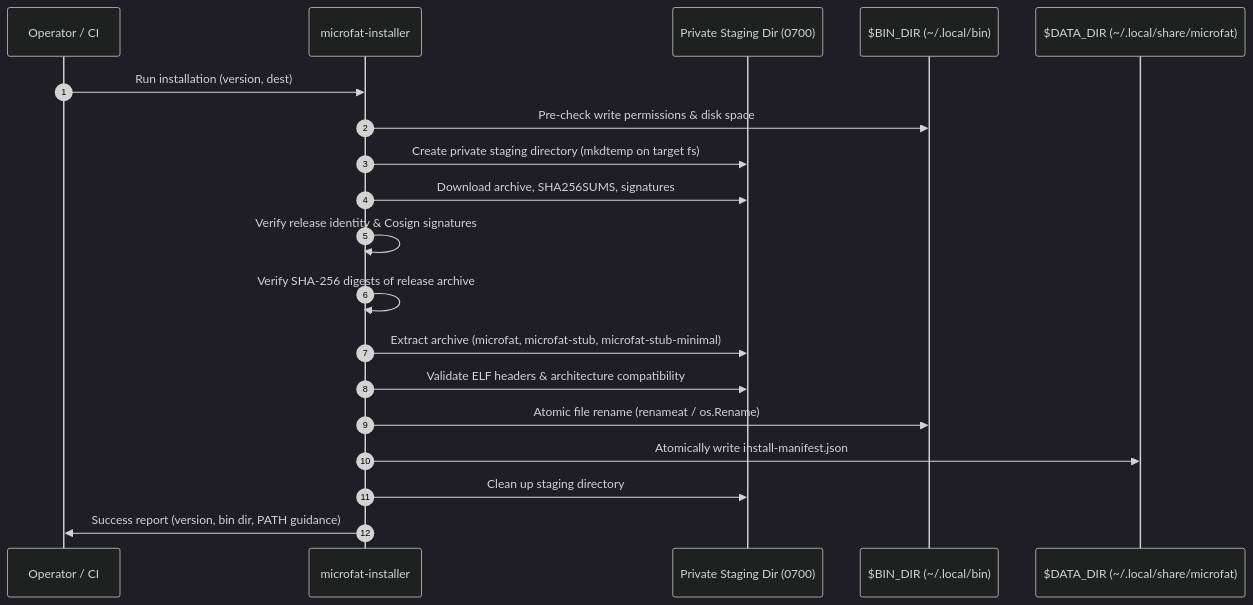
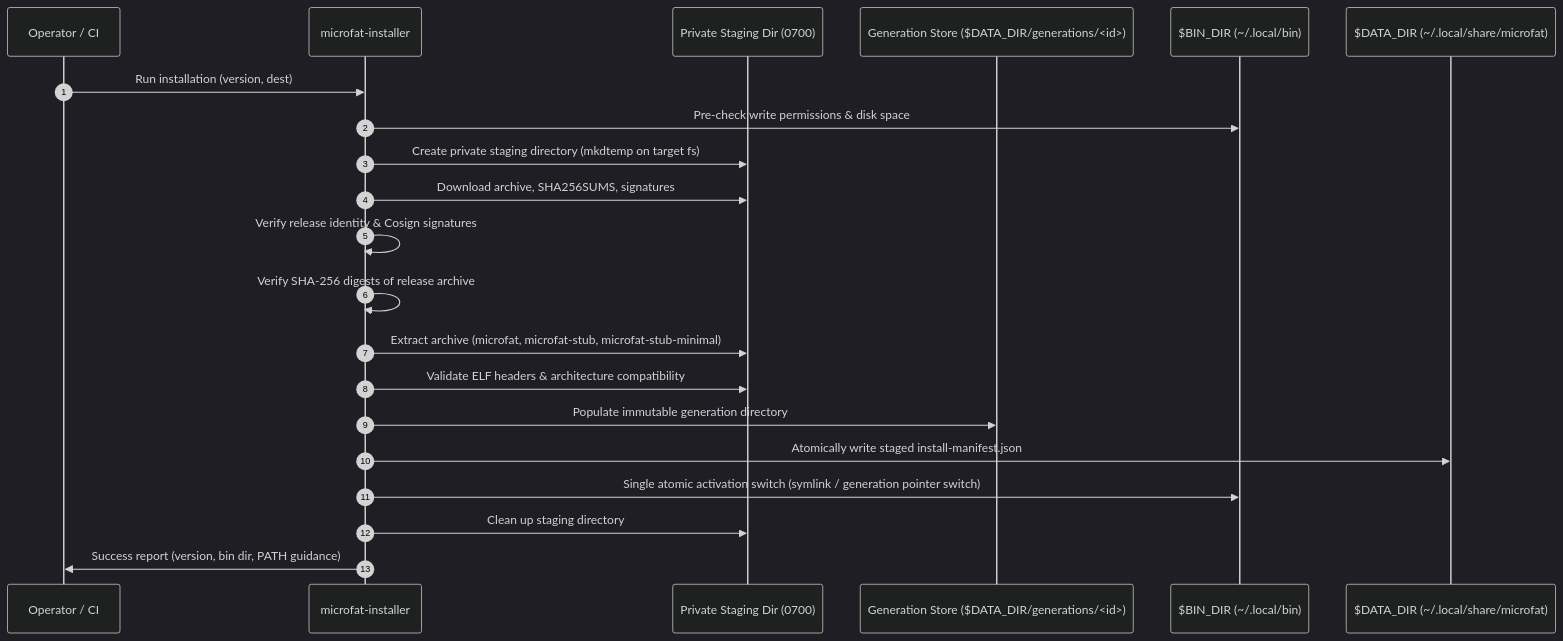
The second of 2 diagrams in docs/design/installation-discovery-contract.md (EpicBlackWolfZ/microfat), drawn with Mermaid (dark theme) before and after one commit. The commit also changed other lines of this file and 6 other files, not shown here.

````diff
--- a/docs/design/installation-discovery-contract.md
+++ b/docs/design/installation-discovery-contract.md
@@ -123,22 +133,24 @@
 ```mermaid
 sequenceDiagram
     autonumber
     participant User as Operator / CI
     participant Installer as microfat-installer
     participant Staging as Private Staging Dir (0700)
+    participant Gen as Generation Store ($DATA_DIR/generations/<id>)
     participant Dest as $BIN_DIR (~/.local/bin)
     participant Meta as $DATA_DIR (~/.local/share/microfat)
 
     User->>Installer: Run installation (version, dest)
     Installer->>Dest: Pre-check write permissions & disk space
     Installer->>Staging: Create private staging directory (mkdtemp on target fs)
     Installer->>Staging: Download archive, SHA256SUMS, signatures
     Installer->>Installer: Verify release identity & Cosign signatures
     Installer->>Installer: Verify SHA-256 digests of release archive
     Installer->>Staging: Extract archive (microfat, microfat-stub, microfat-stub-minimal)
     Installer->>Staging: Validate ELF headers & architecture compatibility
-    Installer->>Dest: Atomic file rename (renameat / os.Rename)
-    Installer->>Meta: Atomically write install-manifest.json
+    Installer->>Gen: Populate immutable generation directory
+    Installer->>Meta: Atomically write staged install-manifest.json
+    Installer->>Dest: Single atomic activation switch (symlink / generation pointer switch)
     Installer->>Staging: Clean up staging directory
     Installer->>User: Success report (version, bin dir, PATH guidance)
 ```
````
